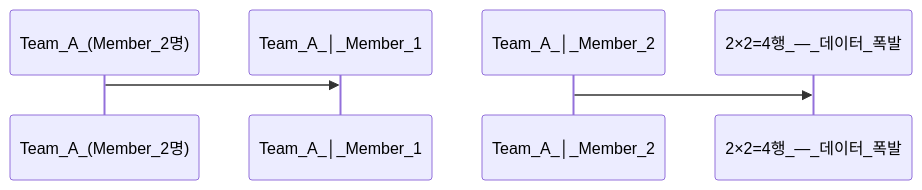
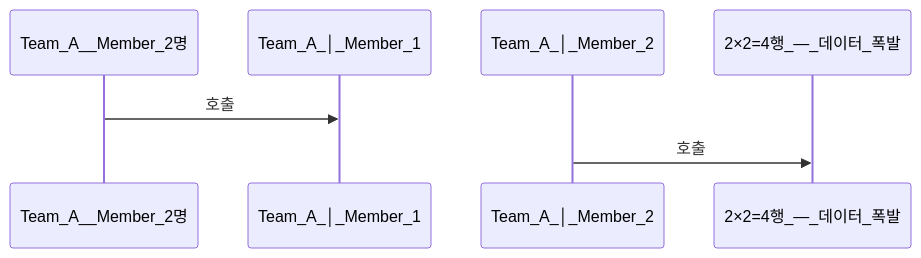
Before and after one commit to yjkim2015/yjkim2015.github.io: the fifth of 6 diagrams in _posts/jpa/2026-05-01-jpa-n-plus-1.md, drawn with Mermaid. The commit also changed other lines of this file and 85 other files, not shown here.

First line of the commit message:
sequenceDiagram 문법 에러 2차 수정 169개 (86파일)

````diff
--- a/_posts/jpa/2026-05-01-jpa-n-plus-1.md
+++ b/_posts/jpa/2026-05-01-jpa-n-plus-1.md
@@ -502,5 +502,5 @@
 ```mermaid
 sequenceDiagram
-    Team_A_(Member_2명)->>Team_A_│_Member_1:
-    Team_A_│_Member_2->>2×2=4행_—_데이터_폭발:
+    Team_A__Member_2명->>Team_A_│_Member_1: 호출
+    Team_A_│_Member_2->>2×2=4행_—_데이터_폭발: 호출
 ```
````
